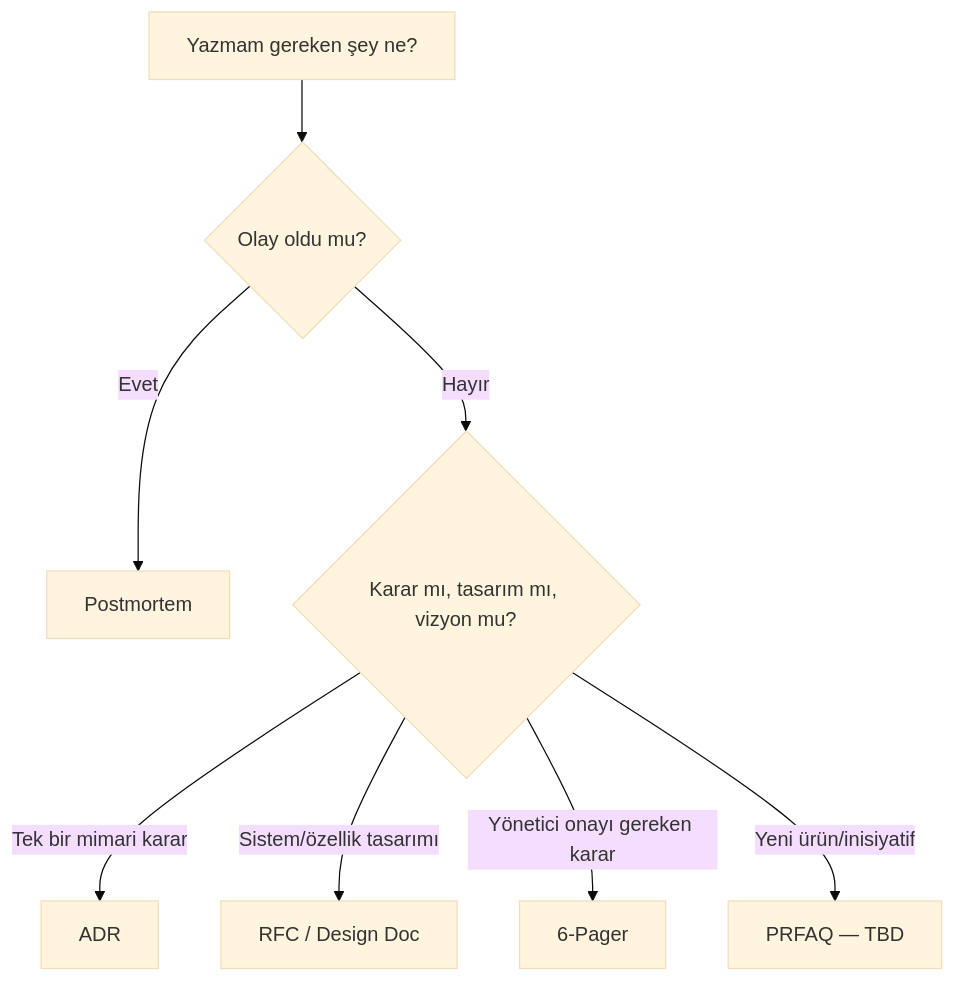
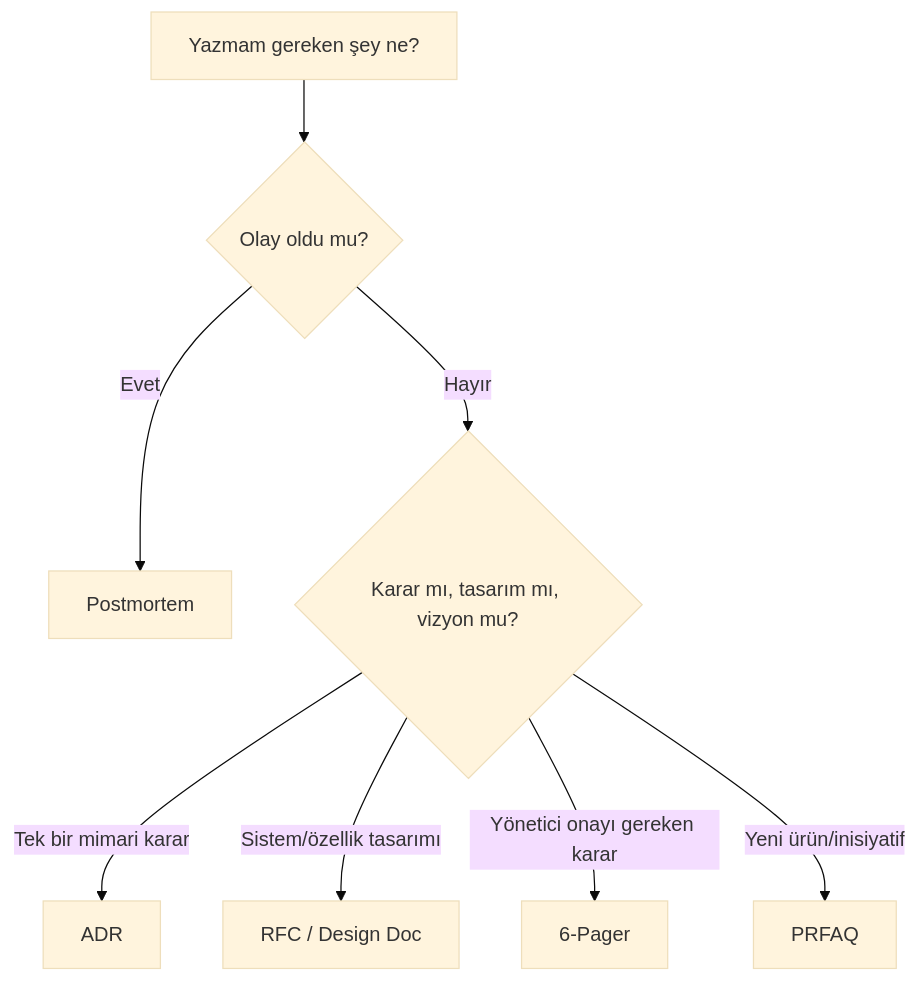
The diagram in templates/README.md (hulusionel/software-engineering-handbook-tr), drawn with Mermaid (base theme) before and after one commit. The commit also changed other lines of this file and 5 other files, not shown here.

````diff
--- a/templates/README.md
+++ b/templates/README.md
@@ -14,10 +15,10 @@
 ```mermaid
 flowchart TD
   A[Yazmam gereken şey ne?] --> B{Olay oldu mu?}
   B -- Evet --> P[Postmortem]
   B -- Hayır --> C{Karar mı, tasarım mı, vizyon mu?}
   C -- "Tek bir mimari karar" --> ADR[ADR]
   C -- "Sistem/özellik tasarımı" --> RFC[RFC / Design Doc]
   C -- "Yönetici onayı gereken karar" --> SP[6-Pager]
-  C -- "Yeni ürün/inisiyatif" --> PRFAQ[PRFAQ — TBD]
+  C -- "Yeni ürün/inisiyatif" --> PRFAQ[PRFAQ]
 ```
````
